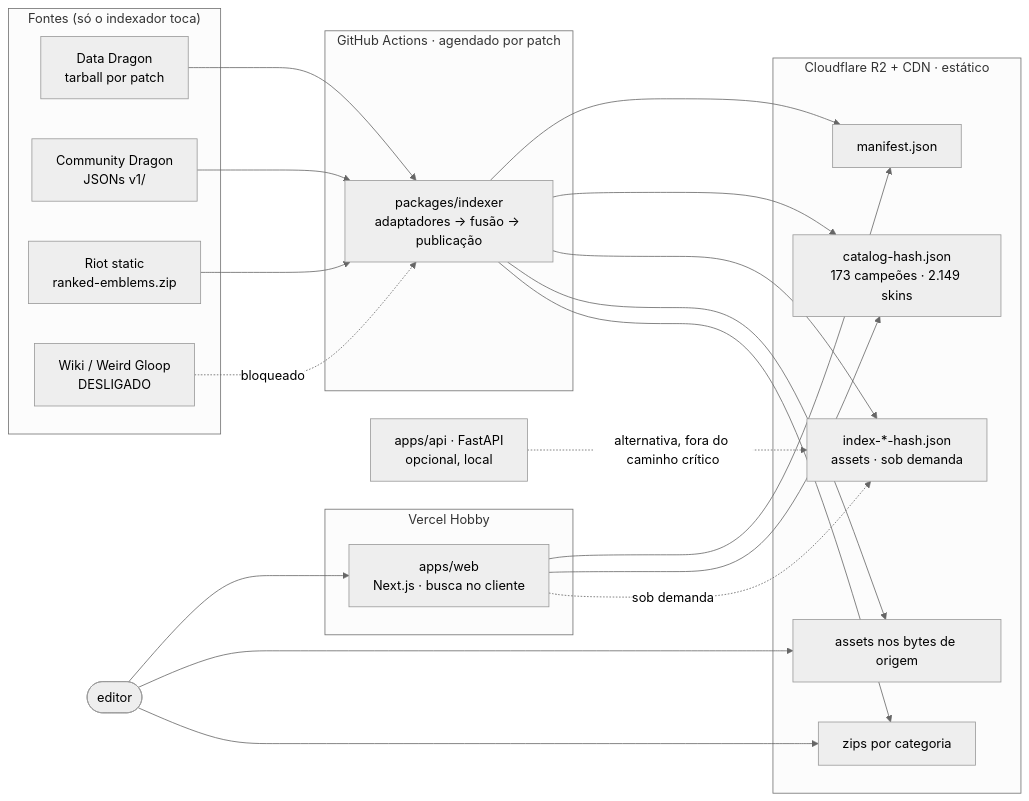
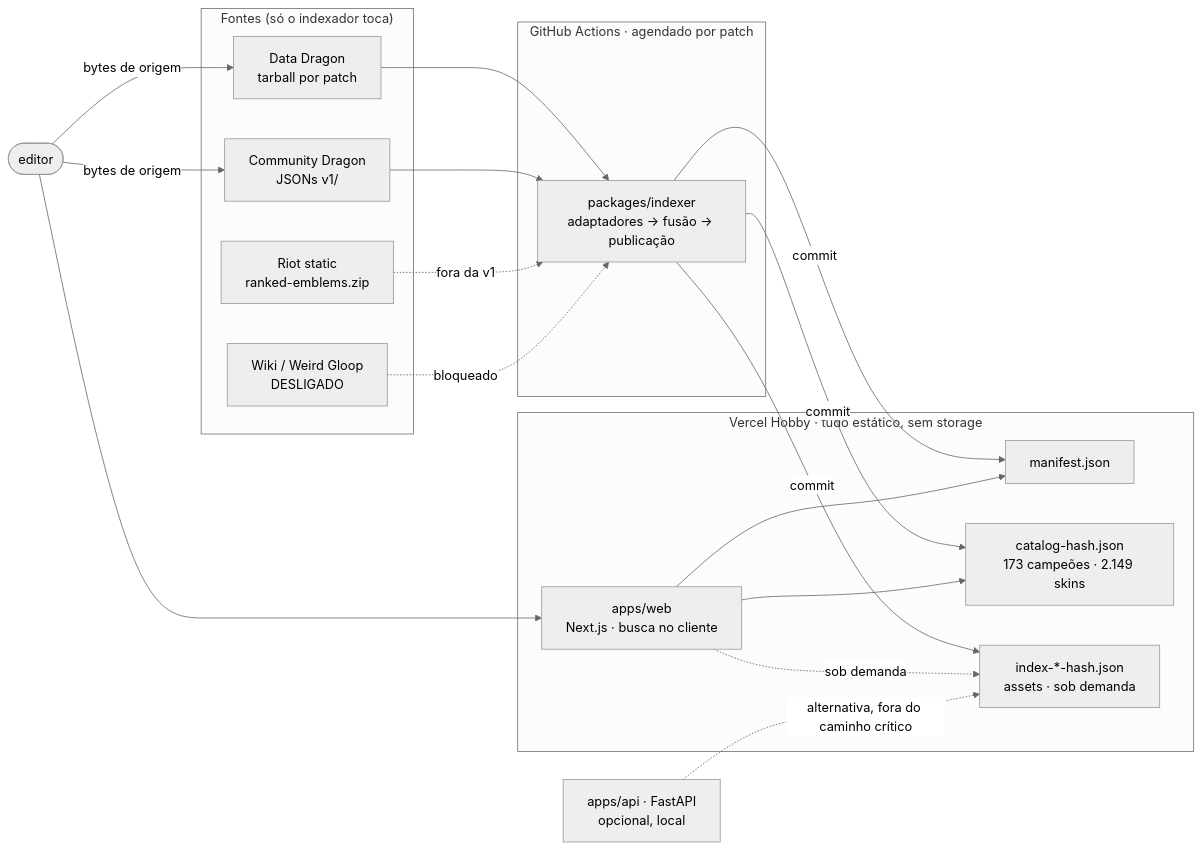
The first of 4 diagrams in docs/SPEC.md (NihonCodingg/PROJETO-ASSETS-LOL), drawn with Mermaid (neutral theme) before and after one commit. The commit also changed other lines of this file and 7 other files, not shown here.

First line of the commit message:
docs: ADR 0012 aceito — sem storage, e a propagação inteira

````diff
--- a/docs/SPEC.md
+++ b/docs/SPEC.md
@@ -135,40 +143,35 @@
 ```mermaid
 flowchart LR
     subgraph fontes["Fontes (só o indexador toca)"]
         DD[Data Dragon<br/>tarball por patch]
         CD[Community Dragon<br/>JSONs v1/]
         RS[Riot static<br/>ranked-emblems.zip]
         WK[Wiki / Weird Gloop<br/>DESLIGADO]
     end
 
     subgraph ci["GitHub Actions · agendado por patch"]
         IDX[packages/indexer<br/>adaptadores → fusão → publicação]
     end
 
-    subgraph r2["Cloudflare R2 + CDN · estático"]
+    subgraph vercel["Vercel Hobby · tudo estático, sem storage"]
+        WEB[apps/web<br/>Next.js · busca no cliente]
         MAN[manifest.json]
         CAT["catalog-hash.json<br/>173 campeões · 2.149 skins"]
         SHARD["index-*-hash.json<br/>assets · sob demanda"]
-        ASSET[assets nos bytes de origem]
-        ZIP[zips por categoria]
-    end
-
-    subgraph vercel["Vercel Hobby"]
-        WEB[apps/web<br/>Next.js · busca no cliente]
     end
 
     USER([editor])
 
     DD --> IDX
     CD --> IDX
-    RS --> IDX
+    RS -. fora da v1 .-> IDX
     WK -. bloqueado .-> IDX
-    IDX --> MAN & CAT & SHARD & ASSET & ZIP
+    IDX -->|commit| MAN & CAT & SHARD
     USER --> WEB
     WEB --> MAN & CAT
     WEB -. sob demanda .-> SHARD
-    USER --> ASSET & ZIP
+    USER -->|bytes de origem| DD & CD
 
     API[apps/api · FastAPI<br/>opcional, local]
     API -.->|alternativa, fora do caminho crítico| SHARD
 ```
````
